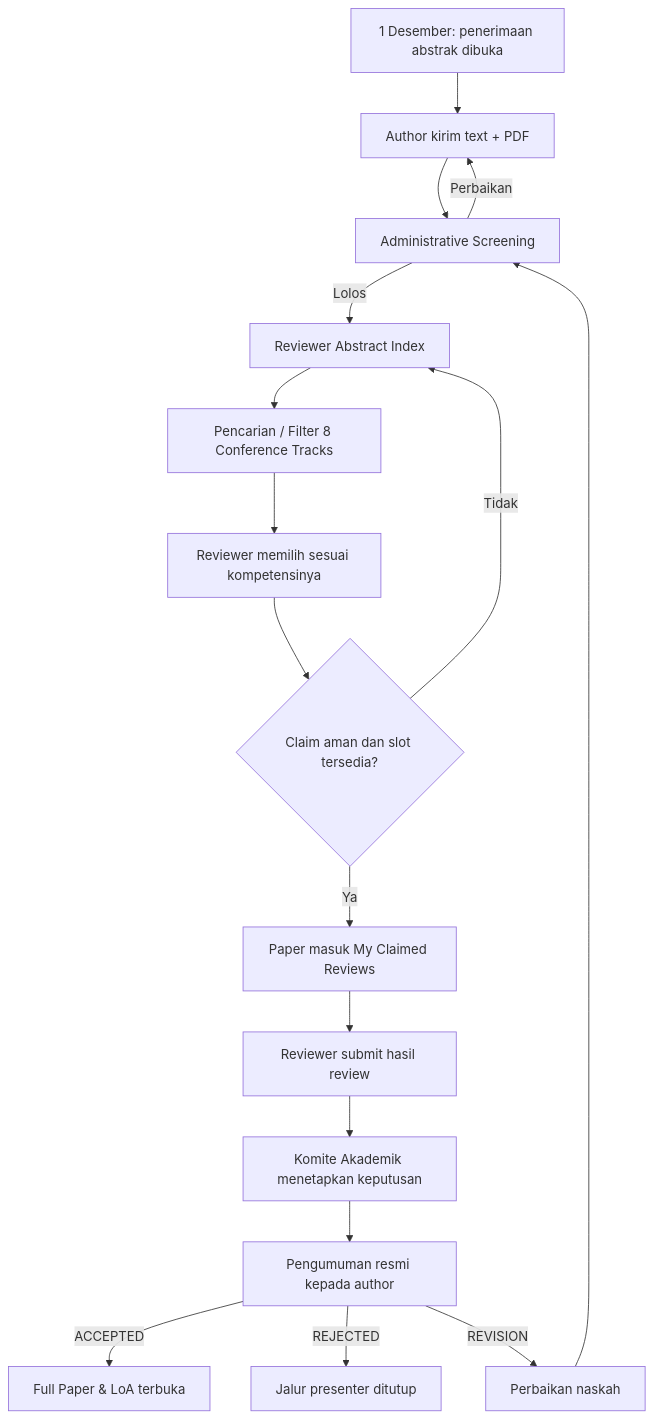
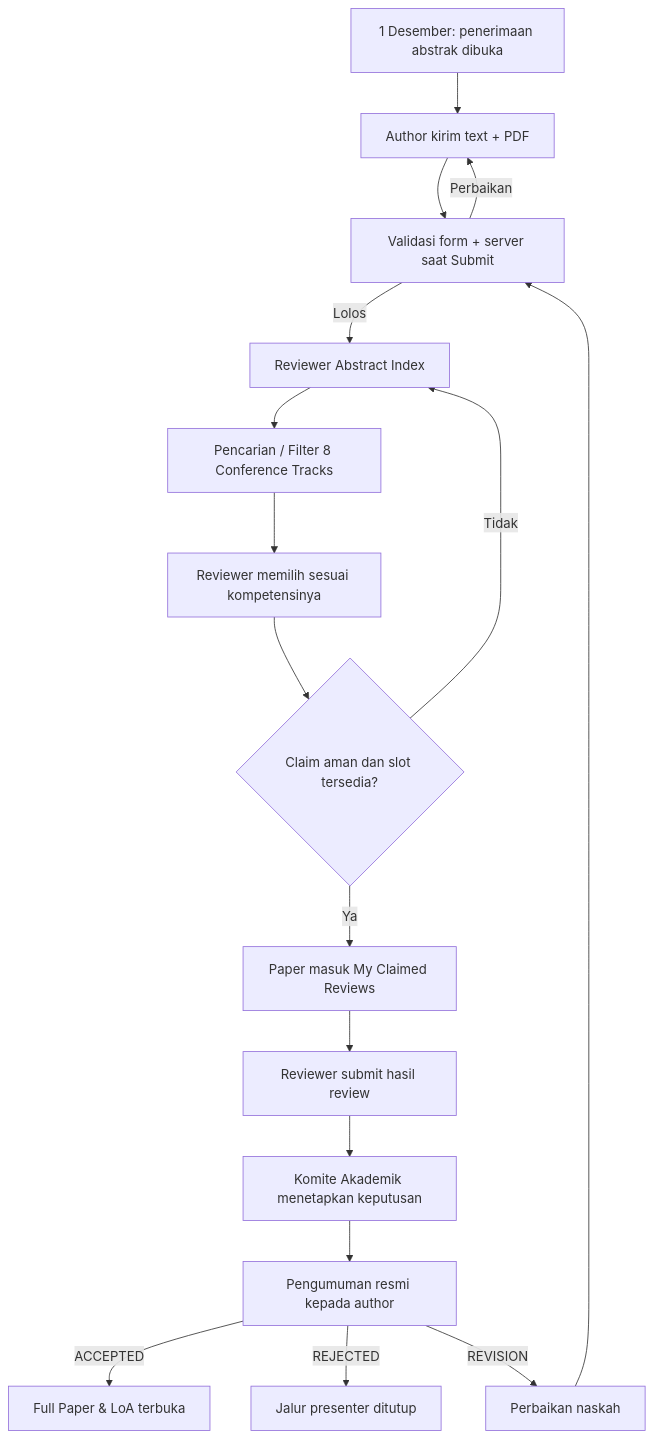
The first of 3 diagrams in docs/11-KEPUTUSAN-OPERASIONAL-26-OKT-2026.md (akhmadafnan/iches-unisya), drawn with Mermaid before and after one commit. The commit also changed other lines of this file and 9 other files, not shown here.

Commit message:
docs: replace abstract screening with submit validation and link Co-Host seat proposal

````diff
--- a/docs/11-KEPUTUSAN-OPERASIONAL-26-OKT-2026.md
+++ b/docs/11-KEPUTUSAN-OPERASIONAL-26-OKT-2026.md
@@ -22,19 +24,19 @@
 ```mermaid
 flowchart TD
   A["1 Desember: penerimaan abstrak dibuka"] --> B["Author kirim text + PDF"]
-  B --> C["Administrative Screening"]
+  B --> C["Validasi form + server saat Submit"]
   C -->|Perbaikan| B
   C -->|Lolos| D["Reviewer Abstract Index"]
   D --> E["Pencarian / Filter 8 Conference Tracks"]
   E --> F["Reviewer memilih sesuai kompetensinya"]
   F --> G{"Claim aman dan slot tersedia?"}
   G -->|Ya| H["Paper masuk My Claimed Reviews"]
   G -->|Tidak| D
   H --> I["Reviewer submit hasil review"]
   I --> J["Komite Akademik menetapkan keputusan"]
   J --> K["Pengumuman resmi kepada author"]
   K -->|ACCEPTED| L["Full Paper & LoA terbuka"]
   K -->|REJECTED| M["Jalur presenter ditutup"]
   K -->|REVISION| N["Perbaikan naskah"]
   N --> C
 ```
````
